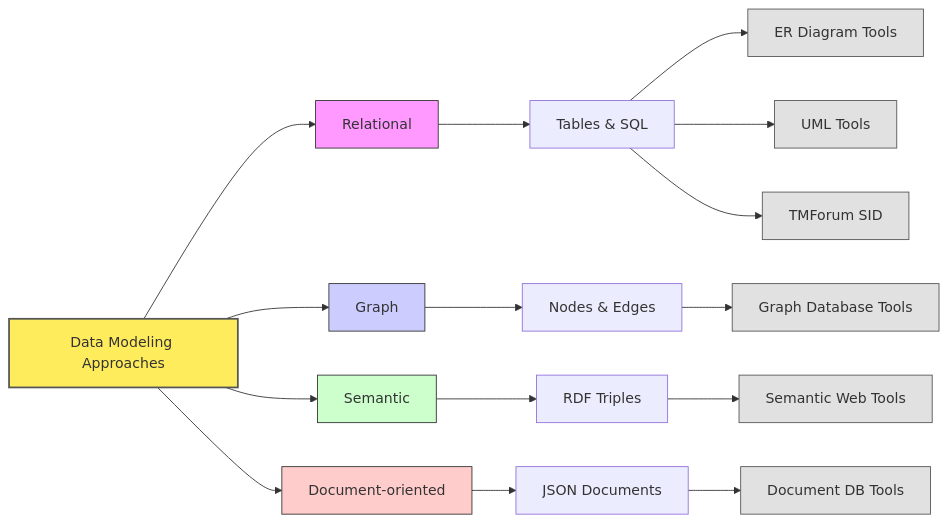
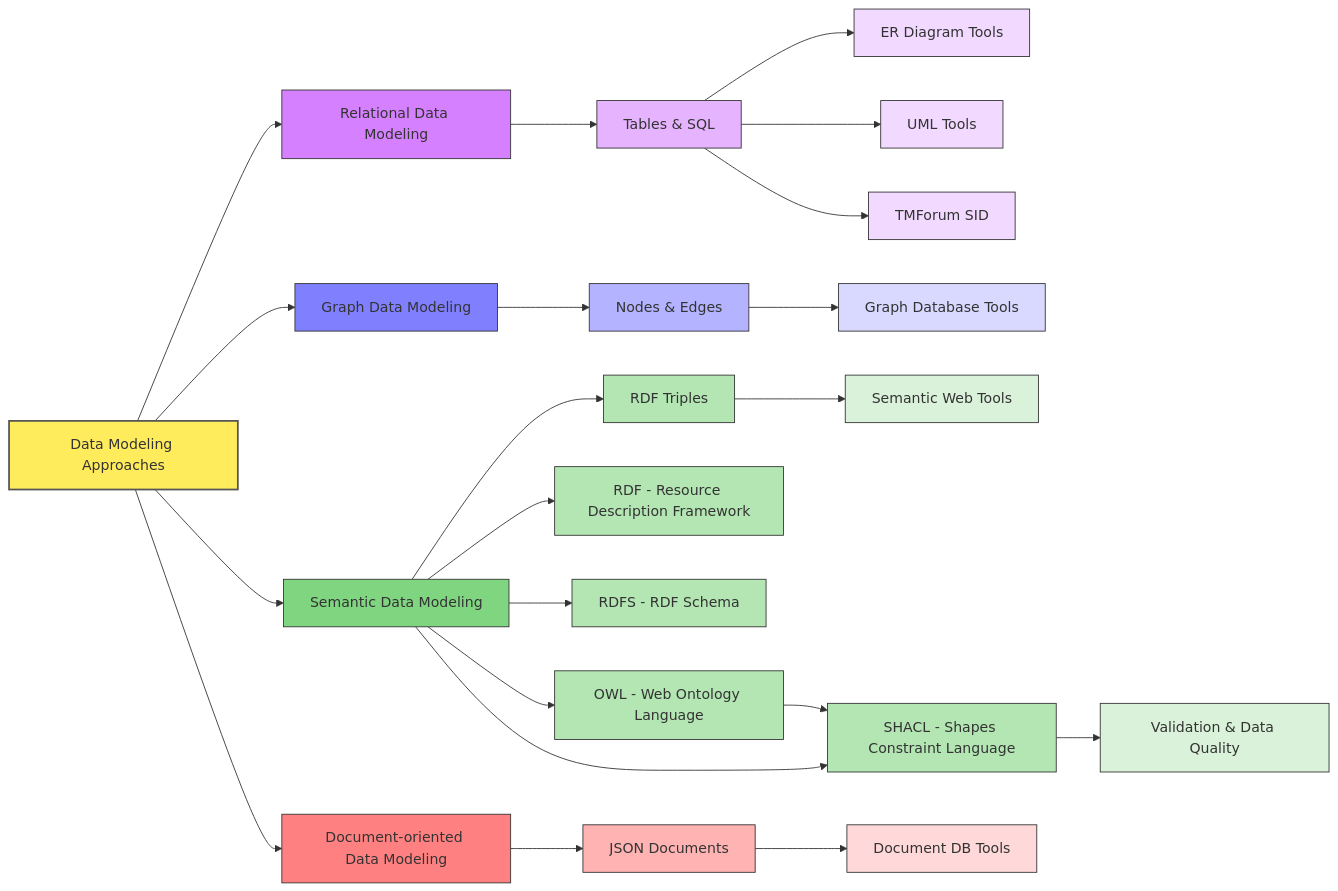
One commit to kanad13/data_modeling changed the diagram in readme.md. Above: the diagram before and after it, drawn with Mermaid. The commit also changed other lines of this file and 24 other files, not shown here.

````diff
--- a/readme.md
+++ b/readme.md
@@ -23,37 +12,67 @@
 ```mermaid
 graph LR
+    %% Main node
     DM[Data Modeling Approaches]
-    RDM[Relational]
-    GDM[Graph]
-    SDM[Semantic]
-    DDM[Document-oriented]
 
+    %% Main approaches
+    RDM[Relational Data Modeling]
+    GDM[Graph Data Modeling]
+    SDM[Semantic Data Modeling]
+    DDM[Document-oriented Data Modeling]
+
+    %% First level connections
     DM --> RDM
     DM --> GDM
     DM --> SDM
     DM --> DDM
 
+    %% Implementations
     RDM --> Tables[Tables & SQL]
     GDM --> NodesEdges[Nodes & Edges]
     SDM --> Triples[RDF Triples]
     DDM --> Documents[JSON Documents]
 
+    %% Tools and Technologies
     Tables --> ERTools[ER Diagram Tools]
     Tables --> UMLTools[UML Tools]
     Tables --> TMFSID[TMForum SID]
     NodesEdges --> GraphTools[Graph Database Tools]
     Triples --> SemanticTools[Semantic Web Tools]
     Documents --> DocumentTools[Document DB Tools]
 
+    %% Semantic Data Modeling specifics
+    SDM --> RDF[RDF - Resource Description Framework]
+    SDM --> RDFS[RDFS - RDF Schema]
+    SDM --> OWL[OWL - Web Ontology Language]
+    SDM --> SHACL[SHACL - Shapes Constraint Language]
+    OWL --> SHACL
+    SHACL --> Validation[Validation & Data Quality]
+
+    %% Styling main node
     style DM fill:#ffec5c,stroke:#555,stroke-width:2px
-    style RDM fill:#f9f,stroke:#333,stroke-width:1px
-    style GDM fill:#ccf,stroke:#333,stroke-width:1px
-    style SDM fill:#cfc,stroke:#333,stroke-width:1px
-    style DDM fill:#fcc,stroke:#333,stroke-width:1px
 
-    classDef approachStyle fill:#eee,stroke:#333,stroke-width:1px
-    class RDM,GDM,SDM,DDM approachStyle
+    %% Level 1 - Main approach nodes (darker shades)
+    style RDM fill:#d580ff,stroke:#333,stroke-width:1px
+    style GDM fill:#8080ff,stroke:#333,stroke-width:1px
+    style SDM fill:#80d580,stroke:#333,stroke-width:1px
+    style DDM fill:#ff8080,stroke:#333,stroke-width:1px
 
-    classDef toolStyle fill:#e1e1e1,stroke:#555,stroke-width:1px
-    class ERTools,UMLTools,GraphTools,SemanticTools,DocumentTools,TMFSID toolStyle
+    %% Level 2 - Implementation nodes (medium shades)
+    style Tables fill:#e6b3ff,stroke:#333,stroke-width:1px
+    style NodesEdges fill:#b3b3ff,stroke:#333,stroke-width:1px
+    style Triples fill:#b3e6b3,stroke:#333,stroke-width:1px
+    style Documents fill:#ffb3b3,stroke:#333,stroke-width:1px
+    style RDF fill:#b3e6b3,stroke:#333,stroke-width:1px
+    style RDFS fill:#b3e6b3,stroke:#333,stroke-width:1px
+    style OWL fill:#b3e6b3,stroke:#333,stroke-width:1px
+    style SHACL fill:#b3e6b3,stroke:#333,stroke-width:1px
+
+    %% Level 3 - Tool nodes (lightest shades)
+    style ERTools fill:#f2d9ff,stroke:#333,stroke-width:1px
+    style UMLTools fill:#f2d9ff,stroke:#333,stroke-width:1px
+    style TMFSID fill:#f2d9ff,stroke:#333,stroke-width:1px
+    style GraphTools fill:#d9d9ff,stroke:#333,stroke-width:1px
+    style SemanticTools fill:#d9f2d9,stroke:#333,stroke-width:1px
+    style DocumentTools fill:#ffd9d9,stroke:#333,stroke-width:1px
+    style Validation fill:#d9f2d9,stroke:#333,stroke-width:1px
 ```
````
